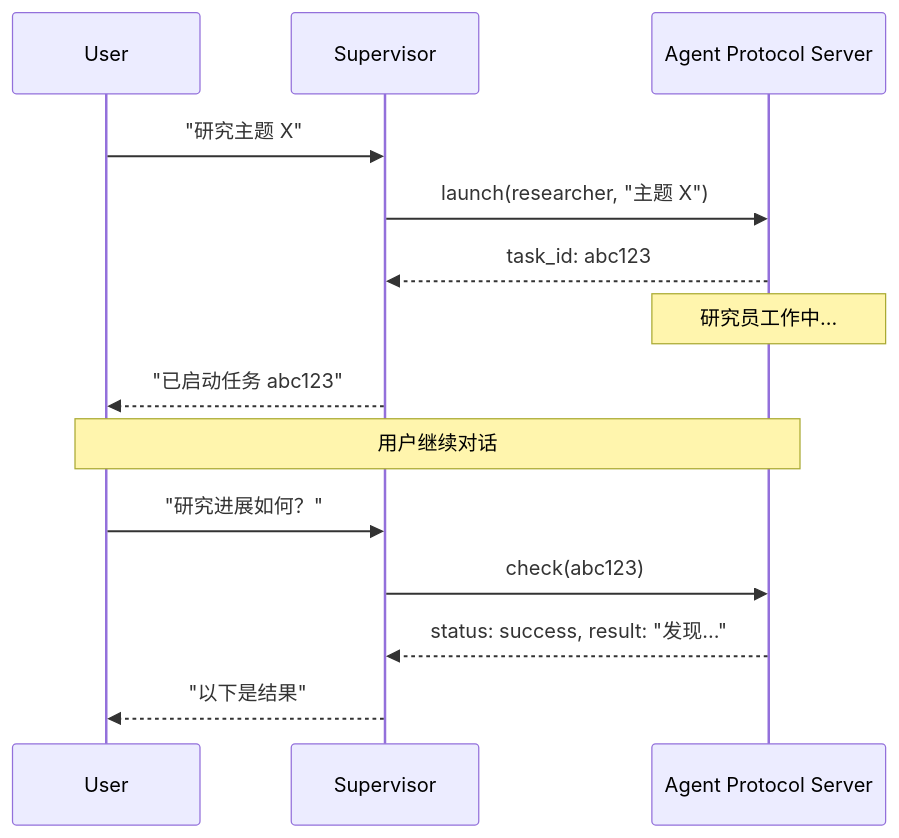
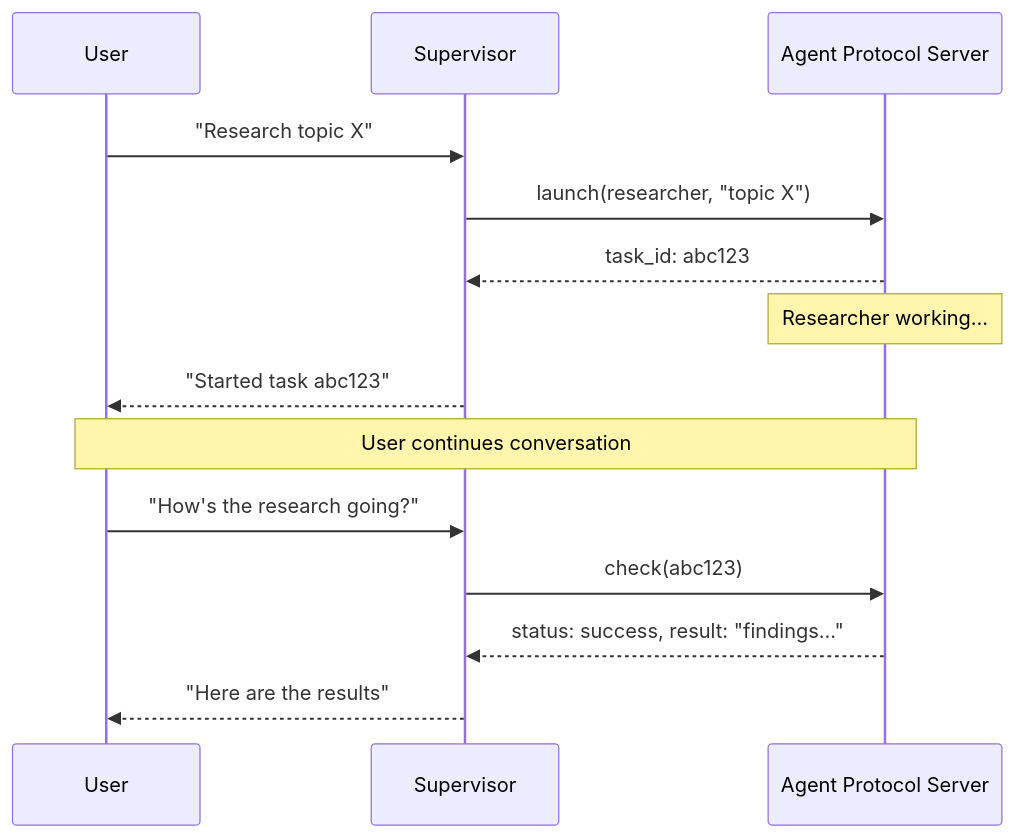
One commit to kunfan96/cndocs-langchain changed the second of 2 diagrams in oss/javascript/deepagents/async-subagents.mdx. Above: the diagram before and after it, drawn with Mermaid. The commit also changed other lines of this file and 2538 other files, not shown here.

````diff
--- a/oss/javascript/deepagents/async-subagents.mdx
+++ b/oss/javascript/deepagents/async-subagents.mdx
@@ -108,21 +112,21 @@
 ```mermaid
 sequenceDiagram
     participant User
     participant Supervisor
     participant Platform as Agent Protocol Server
 
-    User->>Supervisor: "研究主题 X"
-    Supervisor->>Platform: launch(researcher, "主题 X")
+    User->>Supervisor: "Research topic X"
+    Supervisor->>Platform: launch(researcher, "topic X")
     Platform-->>Supervisor: task_id: abc123
 
-    Note over Platform: 研究员工作中...
+    Note over Platform: Researcher working...
 
-    Supervisor-->>User: "已启动任务 abc123"
+    Supervisor-->>User: "Started task abc123"
 
-    Note over User,Platform: 用户继续对话
+    Note over User,Platform: User continues conversation
 
-    User->>Supervisor: "研究进展如何？"
+    User->>Supervisor: "How's the research going?"
     Supervisor->>Platform: check(abc123)
-    Platform-->>Supervisor: status: success, result: "发现..."
-    Supervisor-->>User: "以下是结果"
+    Platform-->>Supervisor: status: success, result: "findings..."
+    Supervisor-->>User: "Here are the results"
 ```
````
